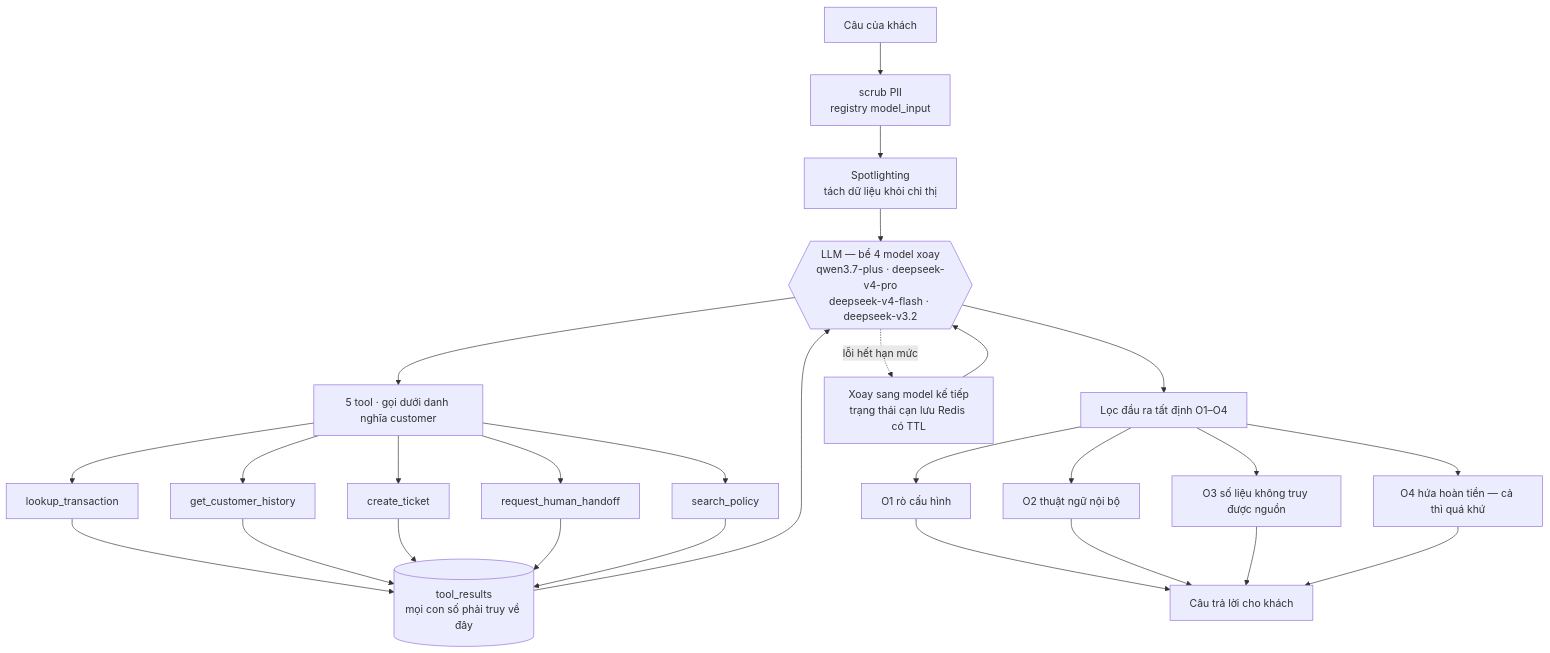
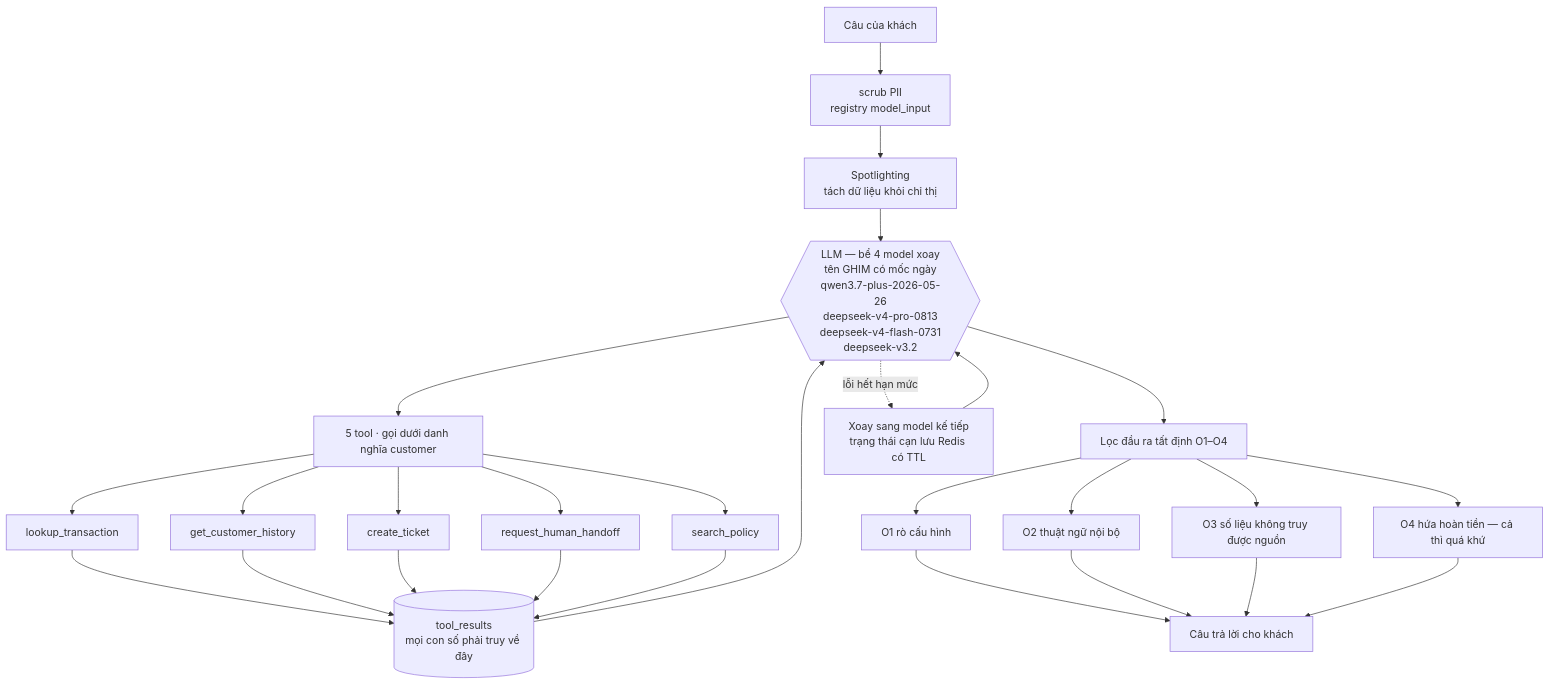
Before and after one commit to jinsimple/Sen-AI-customer-service-agent-for-e-wallets: the second of 3 diagrams in docs/architecture_diagram.md, drawn with Mermaid. The commit also changed other lines of this file and 4 other files, not shown here.

First line of the commit message:
⛔ docs: SỬA tên model trôi ở 4 file — chính 2 bí danh ADR-043 đã TỪ CHỐI

````diff
--- a/docs/architecture_diagram.md
+++ b/docs/architecture_diagram.md
@@ -42,25 +42,25 @@
 ```mermaid
 graph TD
     IN[Câu của khách] --> SC1[scrub PII<br/>registry model_input]
     SC1 --> SP[Spotlighting<br/>tách dữ liệu khỏi chỉ thị]
-    SP --> LLM{{"LLM — bể 4 model xoay<br/>qwen3.7-plus · deepseek-v4-pro<br/>deepseek-v4-flash · deepseek-v3.2"}}
+    SP --> LLM{{"LLM — bể 4 model xoay<br/>tên GHIM có mốc ngày<br/>qwen3.7-plus-2026-05-26<br/>deepseek-v4-pro-0813<br/>deepseek-v4-flash-0731<br/>deepseek-v3.2"}}
 
     LLM --> TOOL[5 tool · gọi dưới danh nghĩa customer]
     TOOL --> T1[lookup_transaction]
     TOOL --> T2[get_customer_history]
     TOOL --> T3[create_ticket]
     TOOL --> T4[request_human_handoff]
     TOOL --> T5[search_policy]
     T1 & T2 & T3 & T4 & T5 --> TR[(tool_results<br/>mọi con số phải truy về đây)]
     TR --> LLM
 
     LLM --> OUT[Lọc đầu ra tất định O1–O4]
     OUT --> O1[O1 rò cấu hình]
     OUT --> O2[O2 thuật ngữ nội bộ]
     OUT --> O3[O3 số liệu không truy được nguồn]
     OUT --> O4[O4 hứa hoàn tiền — cả thì quá khứ]
     O1 & O2 & O3 & O4 --> ANS[Câu trả lời cho khách]
 
     LLM -.lỗi hết hạn mức.-> ROT[Xoay sang model kế tiếp<br/>trạng thái cạn lưu Redis có TTL]
     ROT --> LLM
 ```
````
